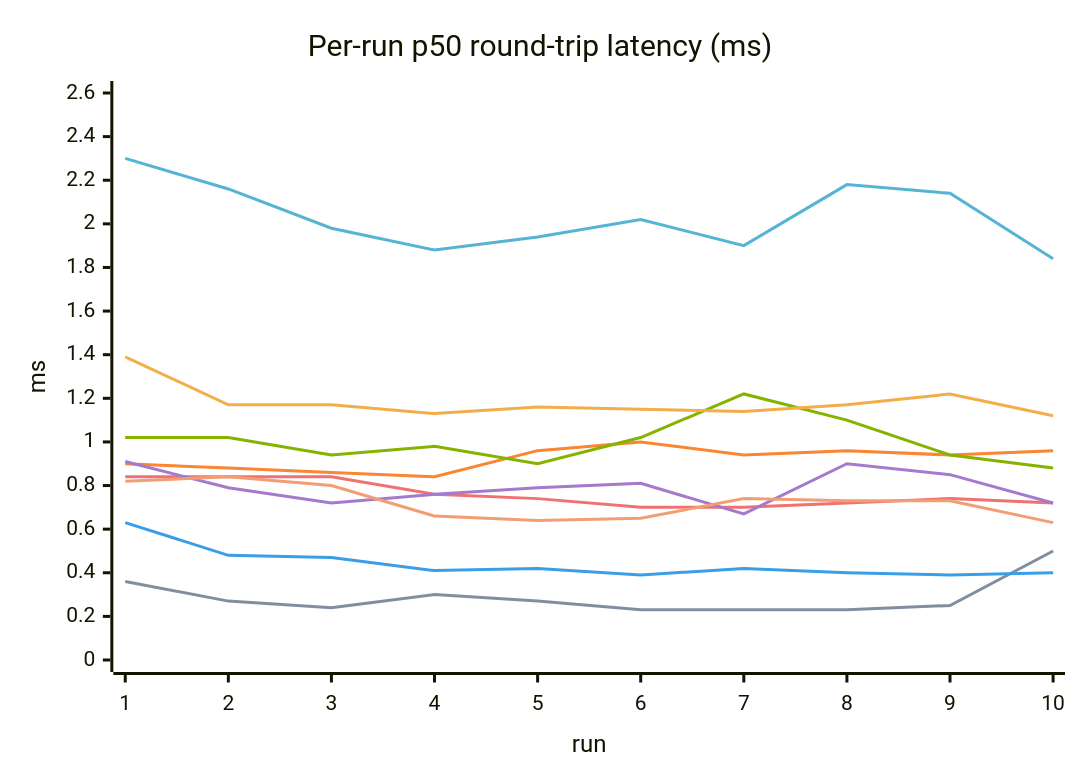
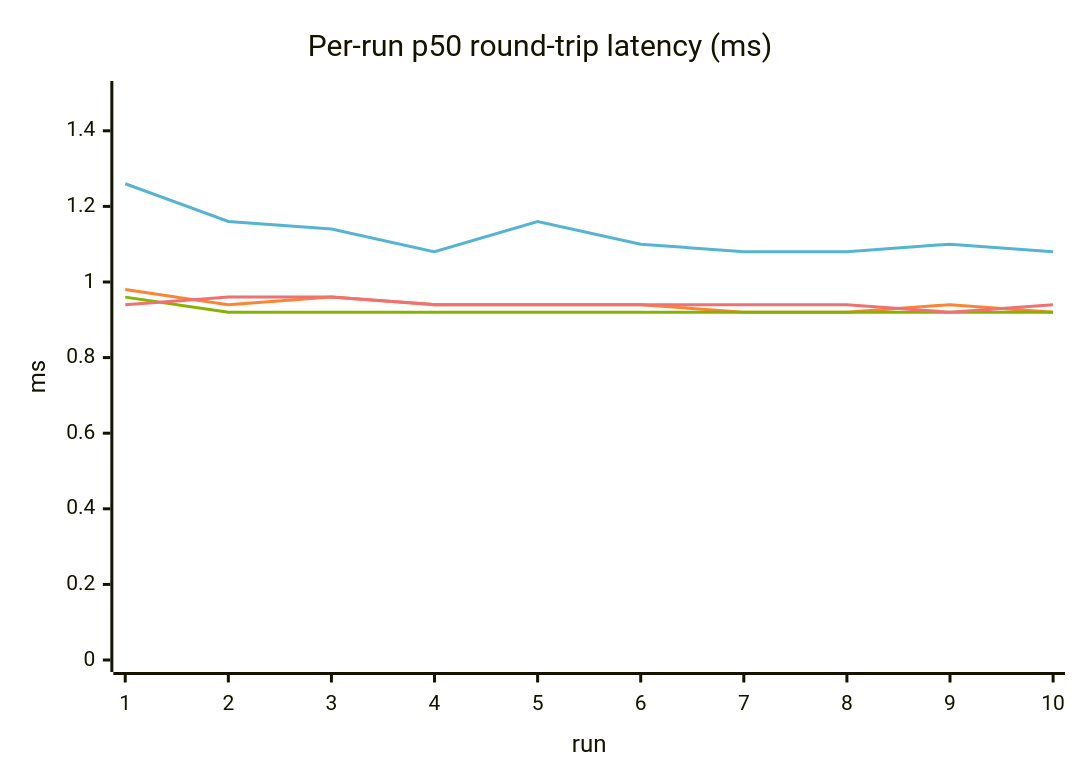
The second of 3 diagrams in docs/BENCHMARK.md (OpenPolyfill/WebHID), drawn with Mermaid before and after one commit. The commit also changed other lines of this file and 5 other files, not shown here.

````diff
--- a/docs/BENCHMARK.md
+++ b/docs/BENCHMARK.md
@@ -100,21 +58,16 @@
 ```mermaid
 ---
 config:
   themeVariables:
     xyChart:
-      plotColorPalette: '#55b4d4, #fa8532, #86b300, #f07171, #828e9f, #f2ae49, #399ee6, #a37acc, #f29e74'
+      plotColorPalette: '#55b4d4, #fa8532, #86b300, #f07171'
 ---
 xychart
     title "Per-run p50 round-trip latency (ms)"
     x-axis "run" [1, 2, 3, 4, 5, 6, 7, 8, 9, 10]
-    y-axis "ms" 0 --> 2.6
-    line "nm" [2.30, 2.16, 1.98, 1.88, 1.94, 2.02, 1.90, 2.18, 2.14, 1.84]
-    line "ws" [0.90, 0.88, 0.86, 0.84, 0.96, 1.00, 0.94, 0.96, 0.94, 0.96]
-    line "wt-inpage" [1.02, 1.02, 0.94, 0.98, 0.90, 1.02, 1.22, 1.10, 0.94, 0.88]
-    line "wt" [0.84, 0.84, 0.84, 0.76, 0.74, 0.70, 0.70, 0.72, 0.74, 0.72]
-    line "native" [0.36, 0.27, 0.24, 0.30, 0.27, 0.23, 0.23, 0.23, 0.25, 0.50]
-    line "chr-nm" [1.39, 1.17, 1.17, 1.13, 1.16, 1.15, 1.14, 1.17, 1.22, 1.12]
-    line "chr-ws" [0.63, 0.48, 0.47, 0.41, 0.42, 0.39, 0.42, 0.40, 0.39, 0.40]
-    line "chr-wt-inpage" [0.91, 0.79, 0.72, 0.76, 0.79, 0.81, 0.67, 0.90, 0.85, 0.72]
-    line "chr-wt" [0.82, 0.84, 0.80, 0.66, 0.64, 0.65, 0.74, 0.73, 0.73, 0.63]
+    y-axis "ms" 0 --> 1.5
+    line "nm" [1.26, 1.16, 1.14, 1.08, 1.16, 1.10, 1.08, 1.08, 1.10, 1.08]
+    line "ws" [0.98, 0.94, 0.96, 0.94, 0.94, 0.94, 0.92, 0.92, 0.94, 0.92]
+    line "wt-inpage" [0.96, 0.92, 0.92, 0.92, 0.92, 0.92, 0.92, 0.92, 0.92, 0.92]
+    line "wt" [0.94, 0.96, 0.96, 0.94, 0.94, 0.94, 0.94, 0.94, 0.92, 0.94]
 ```
````
